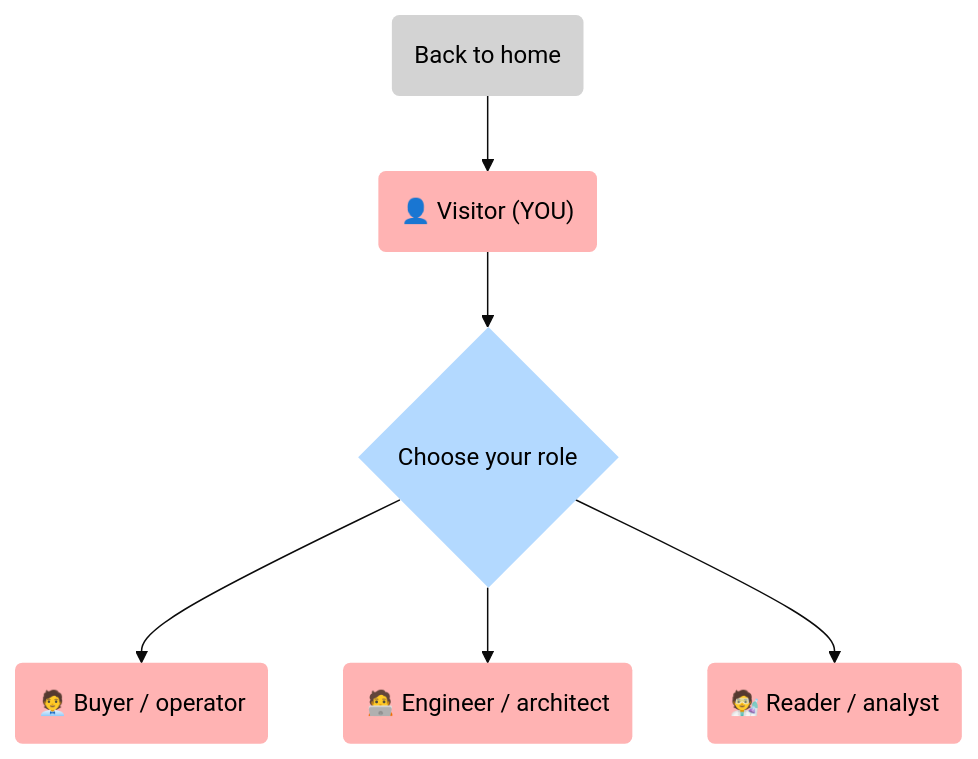
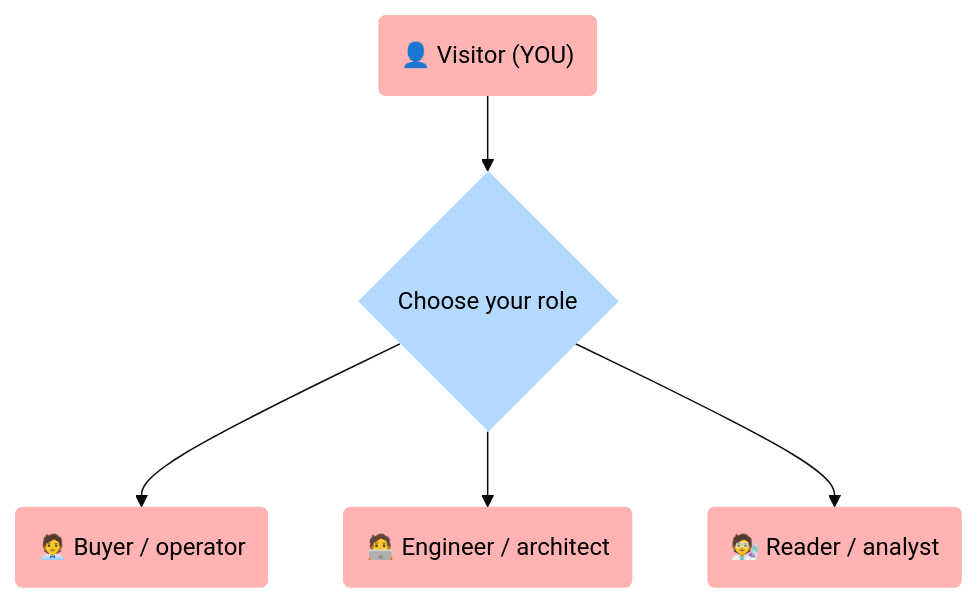
One commit to 5Reasons/5reasons.github.io changed the first of 4 diagrams in docs/home/start-here.md. Above: the diagram before and after it, drawn with Mermaid (base theme). The commit also changed 3 other files, not shown here.

````diff
--- a/docs/home/start-here.md
+++ b/docs/home/start-here.md
@@ -33,28 +33,25 @@
 ```mermaid
 flowchart TB
 %% Styles (brModel Standard)
 classDef i fill:#D3D3D3,stroke-width:0px,color:#000;
 classDef s fill:#FFB3B3,stroke-width:0px,color:#000;
 classDef p fill:#B3D9FF,stroke-width:0px,color:#000;
 classDef r fill:#FFFFB3,stroke-width:0px,color:#000;
 classDef o fill:#C1F0C1,stroke-width:0px,color:#000;
 
-I_Home("Back to home"):::i
 S_Visitor("👤 Visitor (YOU)"):::s
 P_Ident{"Choose your role"}:::p
 
 S_Buyer("🧑‍💼 Buyer / operator"):::s
 S_Eng("🧑‍💻 Engineer / architect"):::s
 S_Read("🧑‍🔬 Reader / analyst"):::s
 
-I_Home --> S_Visitor
 S_Visitor --> P_Ident
 P_Ident --> S_Buyer
 P_Ident --> S_Eng
 P_Ident --> S_Read
 
 click S_Buyer "/home/start-here/#buyer-operator" "Jump to Buyer path"
 click S_Eng "/home/start-here/#engineer-architect" "Jump to Engineer path"
 click S_Read "/home/start-here/#reader-analyst" "Jump to Reader path"
-click I_Home "/" "Home"
 ```
````
